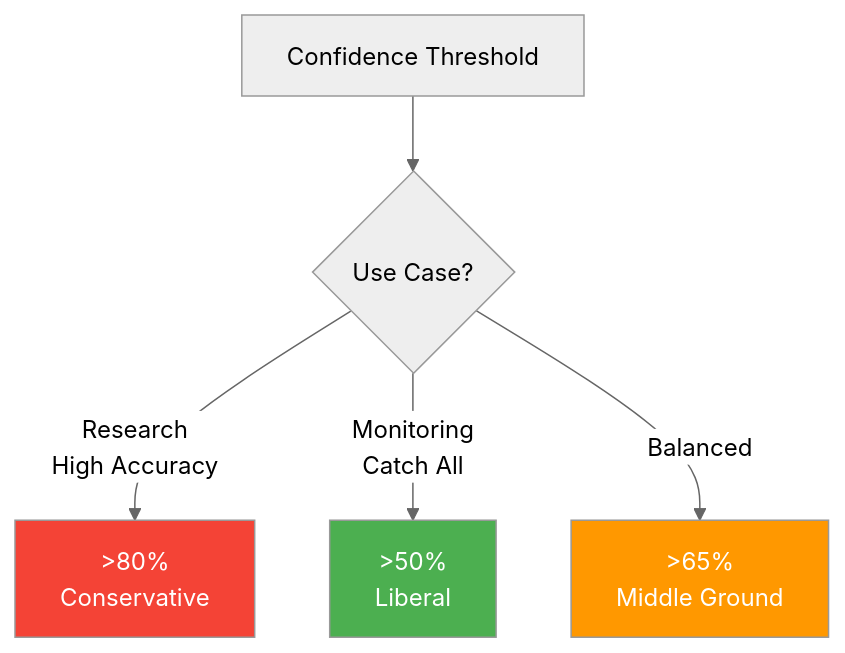
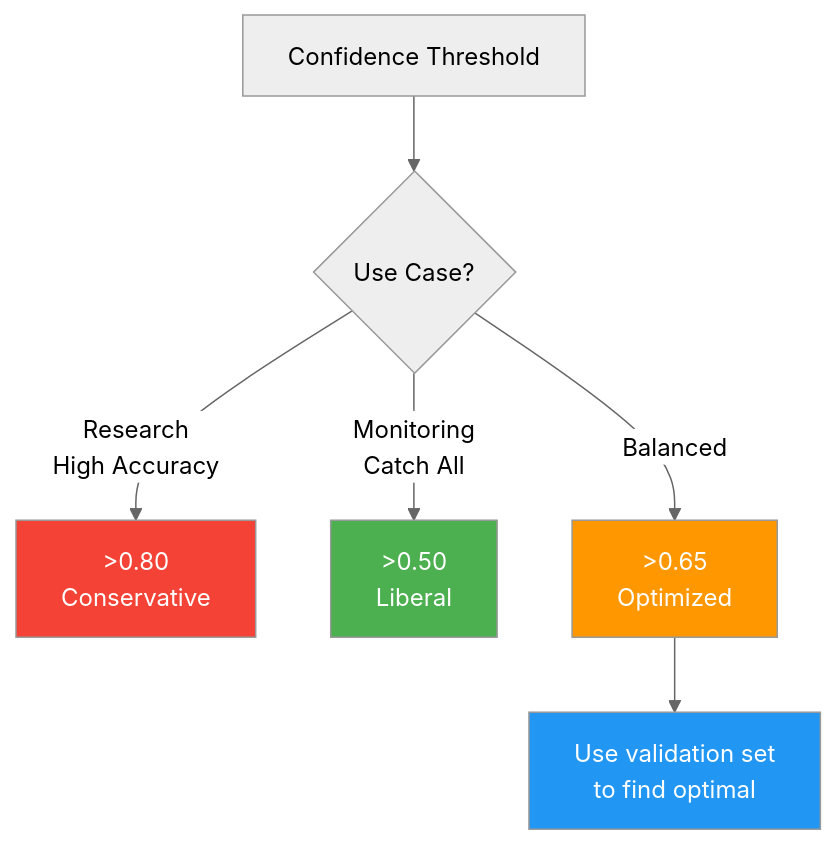
Before and after one commit to SITES-spectral/phenocai: the fourth of 16 diagrams in docs/workflow_complete_guide.md, drawn with Mermaid (neutral theme). The commit also changed other lines of this file and 20 other files, not shown here.

````diff
--- a/docs/workflow_complete_guide.md
+++ b/docs/workflow_complete_guide.md
@@ -180,11 +180,14 @@
 ```mermaid
 graph TD
     A[Confidence Threshold] --> B{Use Case?}
-    B -->|Research<br/>High Accuracy| C[>80%<br/>Conservative]
-    B -->|Monitoring<br/>Catch All| D[>50%<br/>Liberal]
-    B -->|Balanced| E[>65%<br/>Middle Ground]
+    B -->|Research<br/>High Accuracy| C[>0.80<br/>Conservative]
+    B -->|Monitoring<br/>Catch All| D[>0.50<br/>Liberal]
+    B -->|Balanced| E[>0.65<br/>Optimized]
+    
+    E --> F[Use validation set<br/>to find optimal]
     
     style C fill:#f44336,color:#fff
     style D fill:#4caf50,color:#fff
     style E fill:#ff9800,color:#fff
+    style F fill:#2196f3,color:#fff
 ```
````
